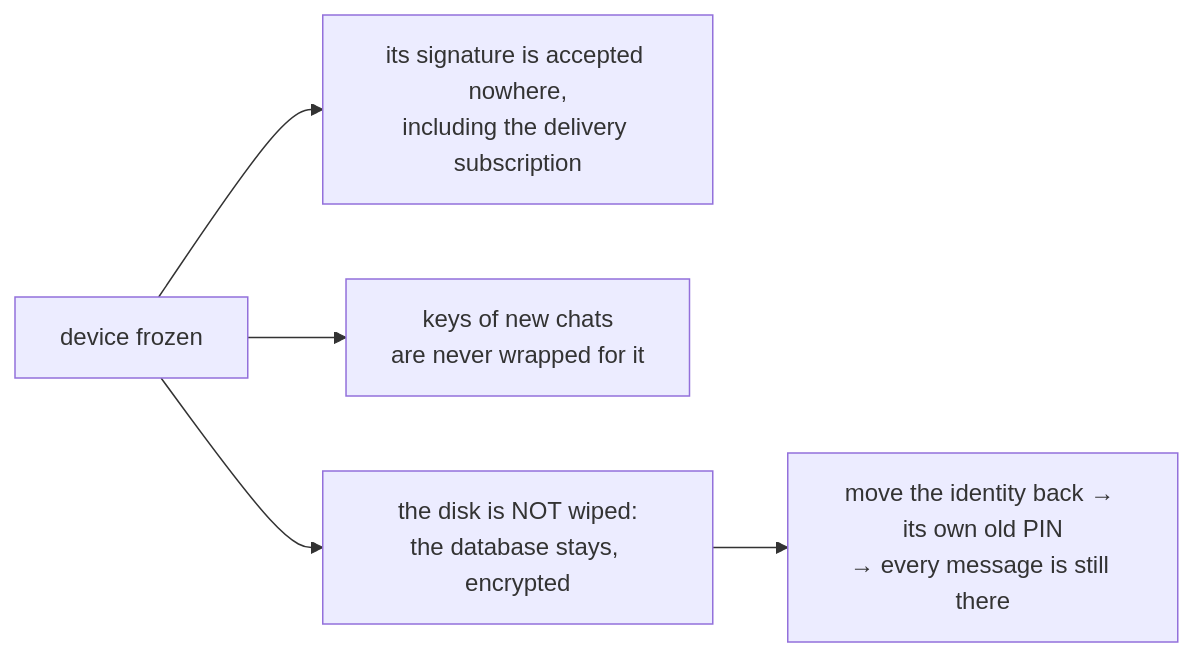
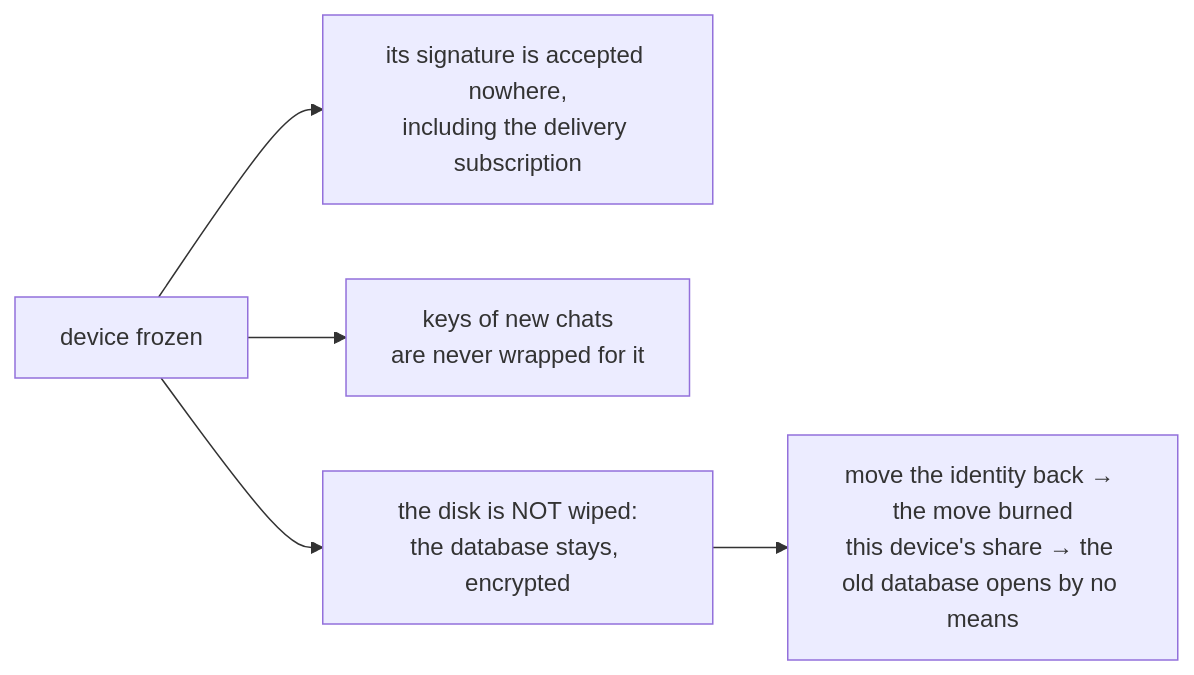
The fifth of 30 diagrams in docs/chat-flows_EN.md (panov-id/xor.ad), drawn with Mermaid before and after one commit. The commit also changed other lines of this file and 40 other files, not shown here.

````diff
--- a/docs/chat-flows_EN.md
+++ b/docs/chat-flows_EN.md
@@ -174,7 +176,7 @@
 ```mermaid
 flowchart LR
   froze["device frozen"] --> no1["its signature is accepted nowhere,<br/>including the delivery subscription"]
   froze --> no2["keys of new chats<br/>are never wrapped for it"]
   froze --> yes1["the disk is NOT wiped:<br/>the database stays, encrypted"]
-  yes1 --> back["move the identity back → its own old PIN<br/>→ every message is still there"]
+  yes1 --> back["move the identity back → the move burned<br/>this device's share → the old database opens by no means"]
 ```
````
